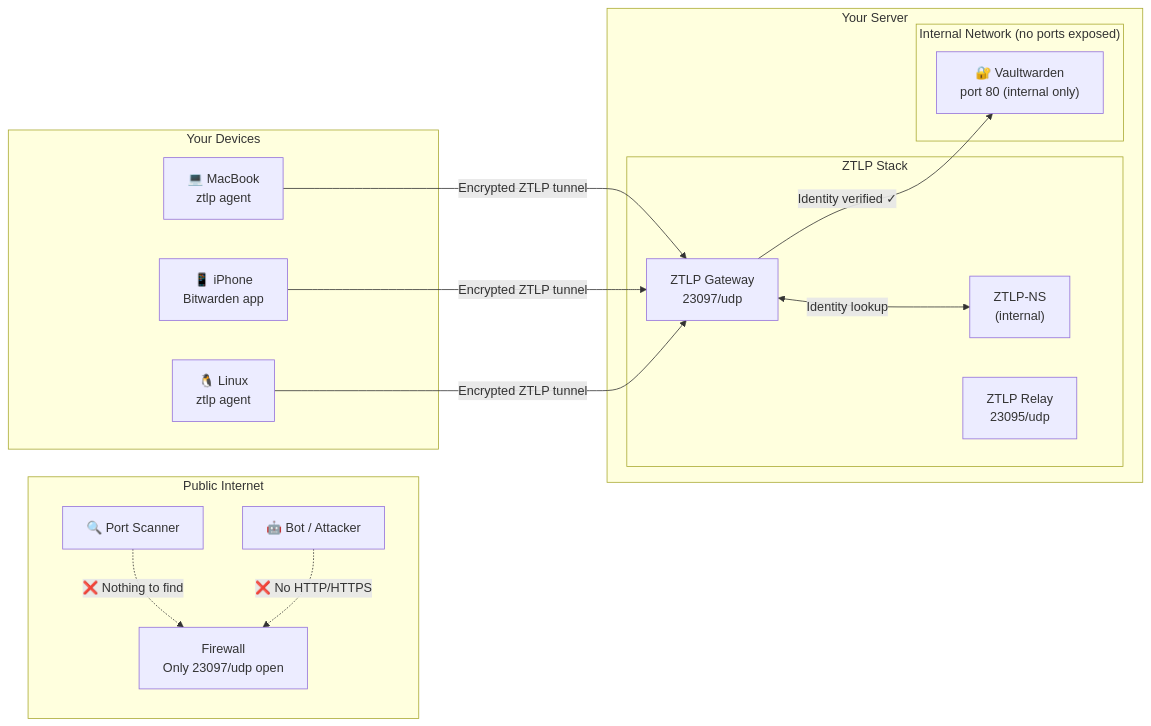
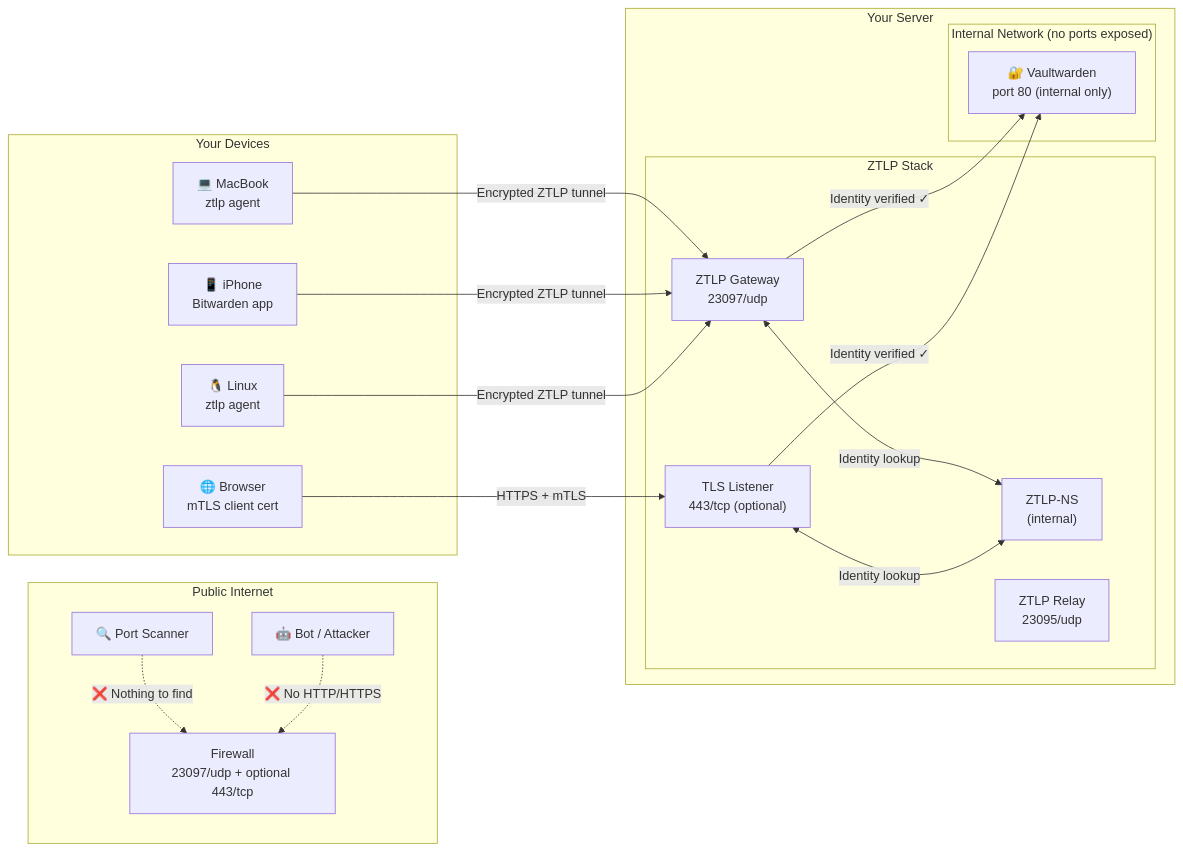
The first of 5 diagrams in examples/vaultwarden/README.md (priceflex/ztlp), drawn with Mermaid before and after one commit. The commit also changed other lines of this file and 3 other files, not shown here.

Commit message:
docs: update Vaultwarden example with TLS termination browser access path

````diff
--- a/examples/vaultwarden/README.md
+++ b/examples/vaultwarden/README.md
@@ -11,31 +11,36 @@
 ```mermaid
 graph LR
     subgraph Internet["Public Internet"]
         A["🔍 Port Scanner"] -.->|"❌ Nothing to find"| FW
         B["🤖 Bot / Attacker"] -.->|"❌ No HTTP/HTTPS"| FW
     end
 
     subgraph Server["Your Server"]
-        FW["Firewall<br/>Only 23097/udp open"]
+        FW["Firewall<br/>23097/udp + optional 443/tcp"]
         subgraph ZTLP["ZTLP Stack"]
             GW["ZTLP Gateway<br/>23097/udp"]
+            TLS["TLS Listener<br/>443/tcp (optional)"]
             NS["ZTLP-NS<br/>(internal)"]
             RL["ZTLP Relay<br/>23095/udp"]
         end
         subgraph Internal["Internal Network (no ports exposed)"]
             VW["🔐 Vaultwarden<br/>port 80 (internal only)"]
         end
     end
 
     subgraph Devices["Your Devices"]
         M["💻 MacBook<br/>ztlp agent"]
         P["📱 iPhone<br/>Bitwarden app"]
         L["🐧 Linux<br/>ztlp agent"]
+        Chrome["🌐 Browser<br/>mTLS client cert"]
     end
 
     M -->|"Encrypted ZTLP tunnel"| GW
     P -->|"Encrypted ZTLP tunnel"| GW
     L -->|"Encrypted ZTLP tunnel"| GW
+    Chrome -->|"HTTPS + mTLS"| TLS
     GW -->|"Identity verified ✓"| VW
+    TLS -->|"Identity verified ✓"| VW
     GW <-->|"Identity lookup"| NS
+    TLS <-->|"Identity lookup"| NS
 ```
````
